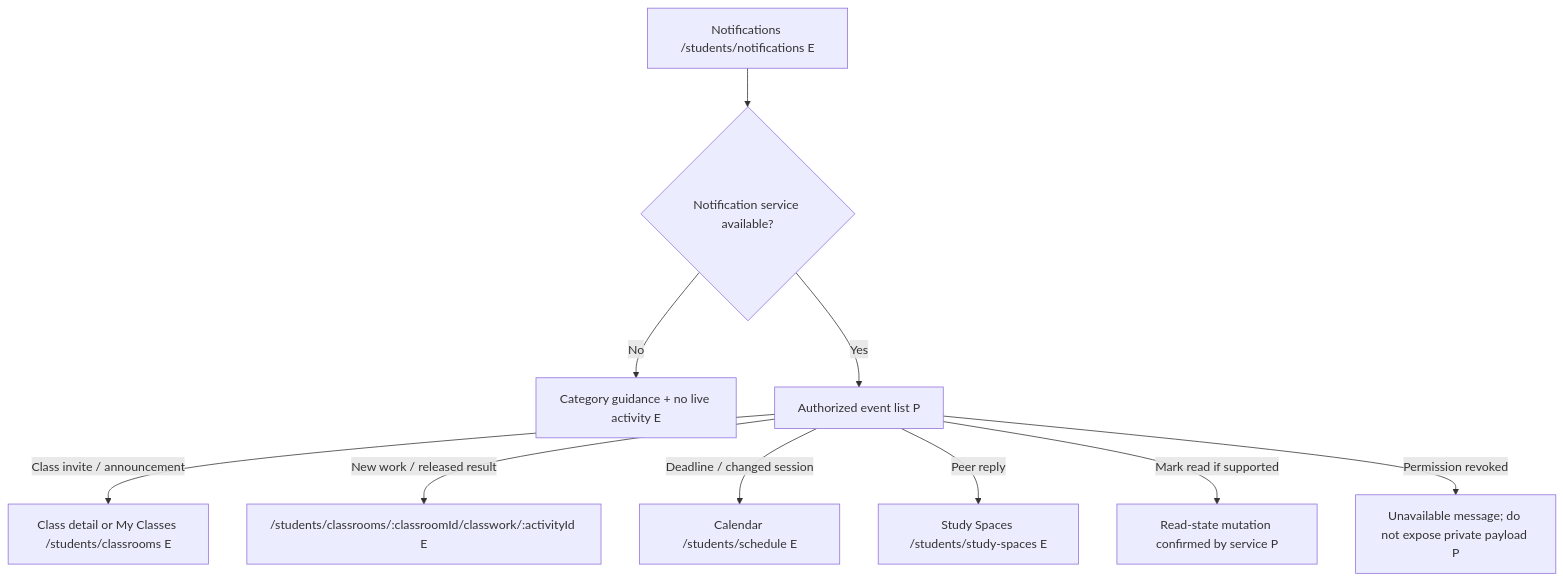
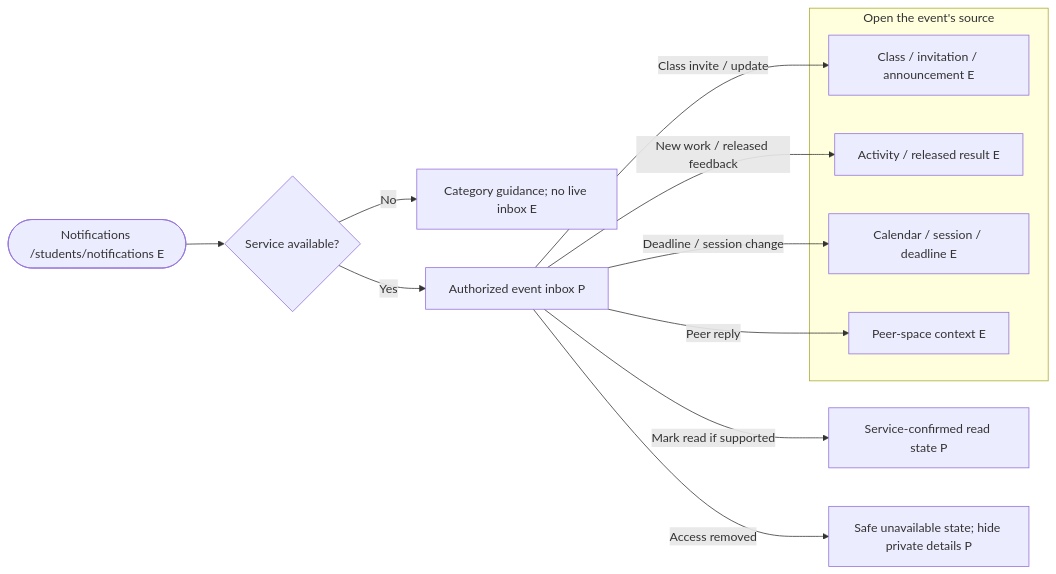
Before and after one commit to devCarlJoseph/owlio-app: the eighth of 14 diagrams in OWLIO_STUDENT_SIDEBAR_WORKFLOW_PLAN.md, drawn with Mermaid. The commit also changed other lines of this file and 1 other file, not shown here.

Commit message:
docs(workflows): render sidebar flows as grouped Mermaid diagrams

````diff
--- a/OWLIO_STUDENT_SIDEBAR_WORKFLOW_PLAN.md
+++ b/OWLIO_STUDENT_SIDEBAR_WORKFLOW_PLAN.md
@@ -456,12 +528,18 @@
 ```mermaid
-flowchart TD
-  N["Notifications /students/notifications E"] --> DATA{"Notification service available?"}
-  DATA -->|"No"| EMPTY["Category guidance + no live activity E"]
-  DATA -->|"Yes"| LIST["Authorized event list P"]
-  LIST -->|"Class invite / announcement"| CL["Class detail or My Classes /students/classrooms E"]
-  LIST -->|"New work / released result"| ACT["/students/classrooms/:classroomId/classwork/:activityId E"]
-  LIST -->|"Deadline / changed session"| CAL["Calendar /students/schedule E"]
-  LIST -->|"Peer reply"| SS["Study Spaces /students/study-spaces E"]
-  LIST -->|"Mark read if supported"| READ["Read-state mutation confirmed by service P"]
-  LIST -->|"Permission revoked"| UNAV["Unavailable message; do not expose private payload P"]
+flowchart LR
+  N(["Notifications /students/notifications E"]) --> DATA{"Service available?"}
+  DATA -->|"No"| EMPTY["Category guidance; no live inbox E"]
+  DATA -->|"Yes"| LIST["Authorized event inbox P"]
+  subgraph SOURCES["Open the event's source"]
+    CL["Class / invitation / announcement E"]
+    ACT["Activity / released result E"]
+    CAL["Calendar / session / deadline E"]
+    SS["Peer-space context E"]
+  end
+  LIST -->|"Class invite / update"| CL
+  LIST -->|"New work / released feedback"| ACT
+  LIST -->|"Deadline / session change"| CAL
+  LIST -->|"Peer reply"| SS
+  LIST -->|"Mark read if supported"| READ["Service-confirmed read state P"]
+  LIST -->|"Access removed"| UNAV["Safe unavailable state; hide private details P"]
 ```
````
